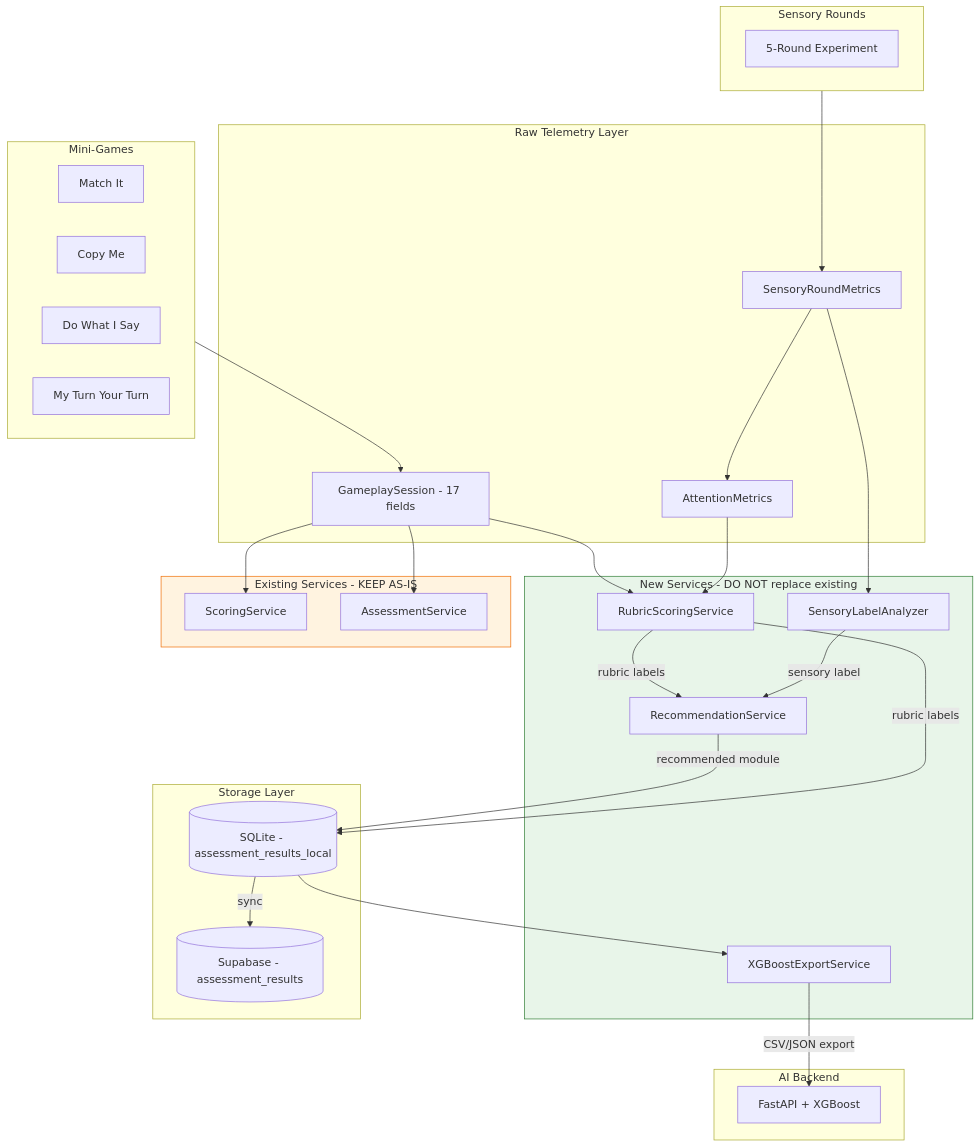
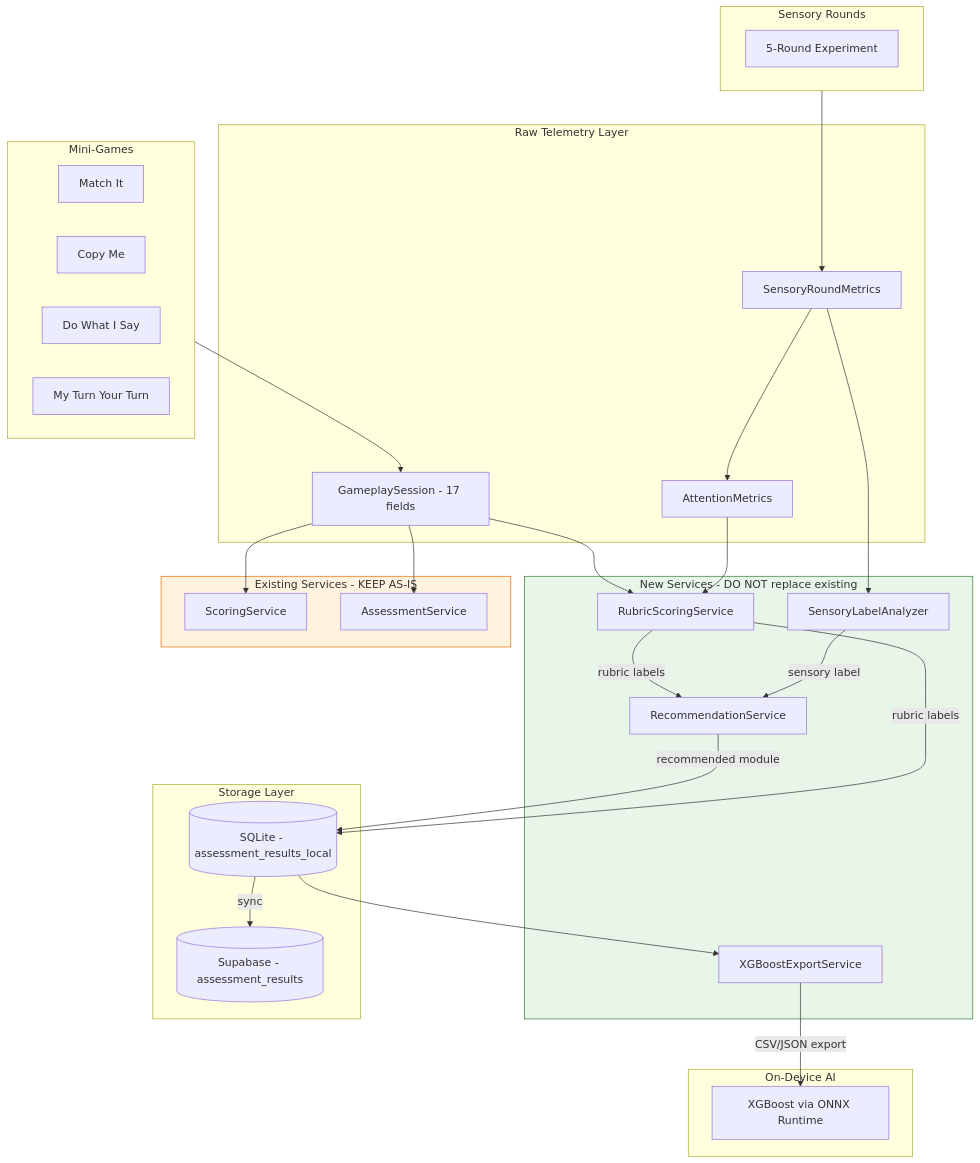
The first of 2 diagrams in docs/superpowers/specs/2026-04-24-rubric-scoring-xgboost-ready-design.md (Bensams/Aumazing), drawn with Mermaid before and after one commit. The commit also changed 51 other files, not shown here.

````diff
--- a/docs/superpowers/specs/2026-04-24-rubric-scoring-xgboost-ready-design.md
+++ b/docs/superpowers/specs/2026-04-24-rubric-scoring-xgboost-ready-design.md
@@ -52,63 +52,63 @@
 ```mermaid
 flowchart TB
     subgraph Games [Mini-Games]
         MI[Match It]
         CM[Copy Me]
         DW[Do What I Say]
         MT[My Turn Your Turn]
     end
 
     subgraph Sensory [Sensory Rounds]
         SR[5-Round Experiment]
     end
 
     subgraph Telemetry [Raw Telemetry Layer]
         GS[GameplaySession - 17 fields]
         SRM[SensoryRoundMetrics]
         AM[AttentionMetrics]
     end
 
     subgraph NewServices [New Services - DO NOT replace existing]
         RSC[RubricScoringService]
         SPA[SensoryLabelAnalyzer]
         REC[RecommendationService]
         XGB[XGBoostExportService]
     end
 
     subgraph ExistingServices [Existing Services - KEEP AS-IS]
         SS[ScoringService]
         AS[AssessmentService]
     end
 
     subgraph Storage [Storage Layer]
         SQLite[(SQLite - assessment_results_local)]
         Supa[(Supabase - assessment_results)]
     end
 
-    subgraph AI [AI Backend]
-        FA[FastAPI + XGBoost]
+    subgraph AI [On-Device AI]
+        FA[XGBoost via ONNX Runtime]
     end
 
     Games --> GS
     Sensory --> SRM
     SRM --> AM
 
     GS --> RSC
     SRM --> SPA
     AM --> RSC
 
     RSC --> |rubric labels| REC
     SPA --> |sensory label| REC
     REC --> |recommended module| SQLite
     RSC --> |rubric labels| SQLite
 
     SQLite --> |sync| Supa
     SQLite --> XGB
     XGB --> |CSV/JSON export| FA
 
     GS --> SS
     GS --> AS
 
     style NewServices fill:#e8f5e9,stroke:#2e7d32
     style ExistingServices fill:#fff3e0,stroke:#ef6c00
 ```
````
